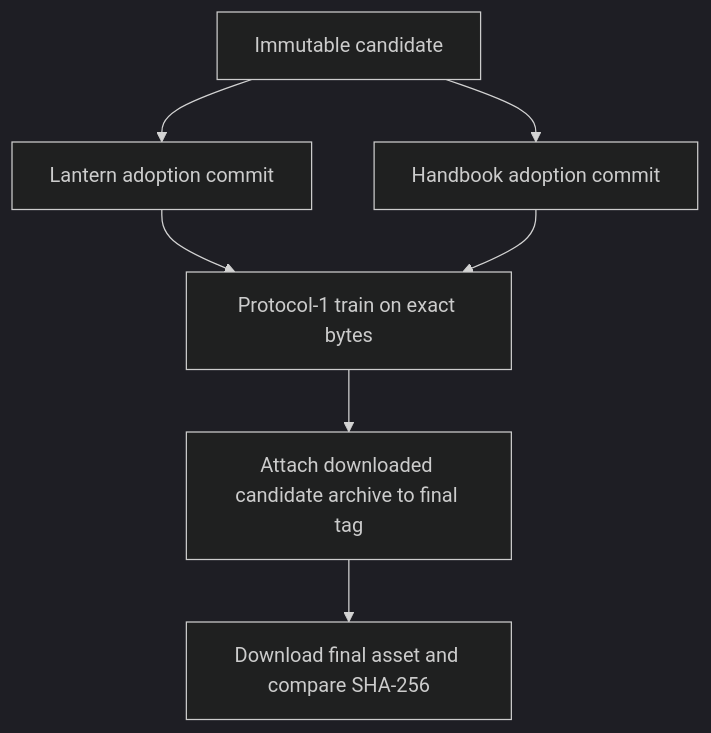
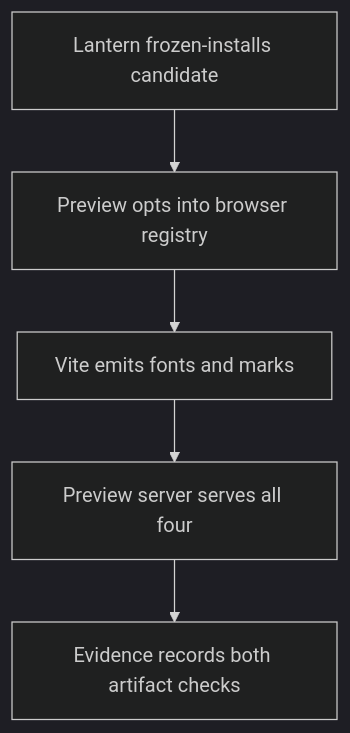
The first of 2 diagrams in aidd_docs/tasks/2026_09/2026_09_25_commonjs_safe_browser_asset_export/phase-5.md (RebelliousSmile/schema-pbta), drawn with Mermaid (dark theme) before and after one commit. The commit also changed other lines of this file and 15 other files, not shown here.

````diff
--- a/aidd_docs/tasks/2026_09/2026_09_25_commonjs_safe_browser_asset_export/phase-5.md
+++ b/aidd_docs/tasks/2026_09/2026_09_25_commonjs_safe_browser_asset_export/phase-5.md
@@ -21,9 +25,7 @@
 ```mermaid
 flowchart TD
-  A[Immutable candidate] --> B[Lantern adoption commit]
-  A --> C[Handbook adoption commit]
-  B --> D[Protocol-1 train on exact bytes]
-  C --> D
-  D --> E[Attach downloaded candidate archive to final tag]
-  E --> F[Download final asset and compare SHA-256]
+  A[Lantern frozen-installs candidate] --> B[Preview opts into browser registry]
+  B --> C[Vite emits fonts and marks]
+  C --> D[Preview server serves all four]
+  D --> E[Evidence records both artifact checks]
 ```
````
